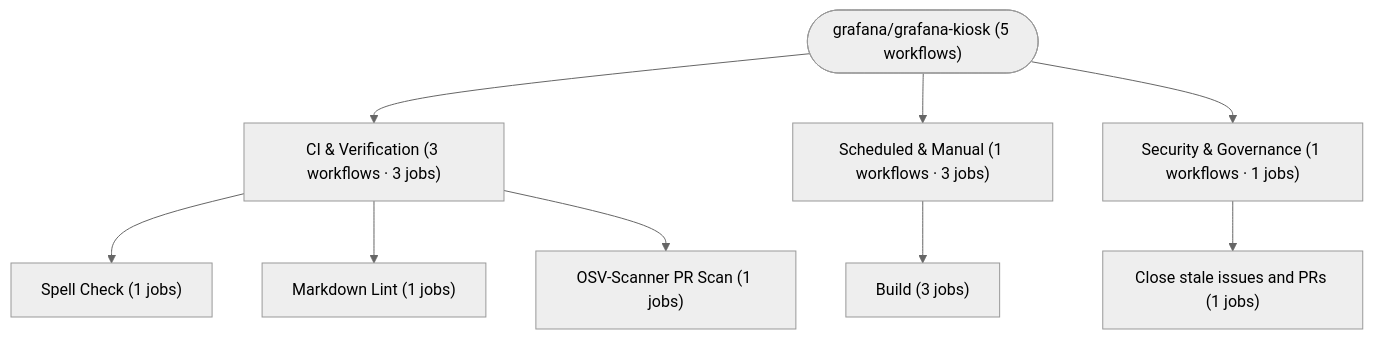
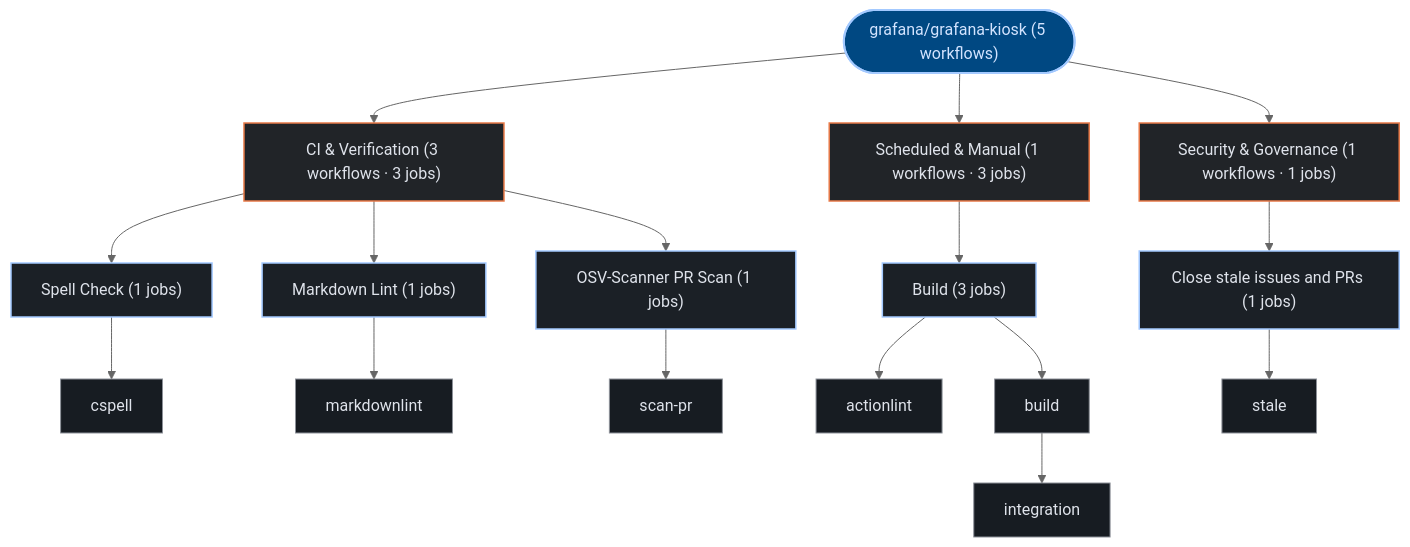
One commit to kumarshaz/atruss-code-atlas changed the third of 3 diagrams in exports/latest/reports/grafana-grafana-kiosk-report.md. Above: the diagram before and after it, drawn with Mermaid (neutral theme). The commit also changed other lines of this file and 331 other files, not shown here.

Commit message:
docs,ui,fix: update SDLC docs, reorder CI/CD DAG first, stylize Mermaid, and fix Arc42 pipeline topology

````diff
--- a/exports/latest/reports/grafana-grafana-kiosk-report.md
+++ b/exports/latest/reports/grafana-grafana-kiosk-report.md
@@ -187,20 +198,41 @@
 ```mermaid
 graph TD;
-  pipeline_root(["grafana/grafana-kiosk (5 workflows)"])
-  grp_0_CI___Verification["CI & Verification (3 workflows · 3 jobs)"]
+  classDef atlasRoot fill:#004882,stroke:#a3c9ff,stroke-width:2px,color:#d3e4ff
+  classDef atlasCategory fill:#212428,stroke:#E87A48,stroke-width:1.5px,color:#dfe3eb
+  classDef atlasWorkflow fill:#1b2026,stroke:#a3c9ff,stroke-width:1.5px,color:#dfe3eb
+  classDef atlasJob fill:#171c22,stroke:#8d9199,stroke-width:1px,color:#dfe3eb
+  classDef atlasTarget fill:#005227,stroke:#8bd99b,stroke-width:1.5px,color:#a7f6b6
+  classDef atlasAlert fill:#93000a,stroke:#ffb4ab,stroke-width:1.5px,color:#ffdad6
+  classDef atlasMore fill:#252a31,stroke:#8d9199,stroke-dasharray:4 4,color:#c3c6cf
+  pipeline_root(["grafana/grafana-kiosk (5 workflows)"]):::atlasRoot
+  grp_0_CI___Verification["CI & Verification (3 workflows · 3 jobs)"]:::atlasCategory
   pipeline_root --> grp_0_CI___Verification
-  wf_1_Spell_Check["Spell Check (1 jobs)"]
+  wf_1_Spell_Check["Spell Check (1 jobs)"]:::atlasWorkflow
   grp_0_CI___Verification --> wf_1_Spell_Check
-  wf_2_Markdown_Lint["Markdown Lint (1 jobs)"]
+  job_1_cspell["cspell"]:::atlasJob
+  wf_1_Spell_Check --> job_1_cspell
+  wf_2_Markdown_Lint["Markdown Lint (1 jobs)"]:::atlasWorkflow
   grp_0_CI___Verification --> wf_2_Markdown_Lint
-  wf_3_OSV_Scanner_PR_Scan["OSV-Scanner PR Scan (1 jobs)"]
+  job_2_markdownlint["markdownlint"]:::atlasJob
+  wf_2_Markdown_Lint --> job_2_markdownlint
+  wf_3_OSV_Scanner_PR_Scan["OSV-Scanner PR Scan (1 jobs)"]:::atlasWorkflow
   grp_0_CI___Verification --> wf_3_OSV_Scanner_PR_Scan
-  grp_1_Scheduled___Manual["Scheduled & Manual (1 workflows · 3 jobs)"]
+  job_3_scan_pr["scan-pr"]:::atlasJob
+  wf_3_OSV_Scanner_PR_Scan --> job_3_scan_pr
+  grp_1_Scheduled___Manual["Scheduled & Manual (1 workflows · 3 jobs)"]:::atlasCategory
   pipeline_root --> grp_1_Scheduled___Manual
-  wf_0_Build["Build (3 jobs)"]
+  wf_0_Build["Build (3 jobs)"]:::atlasWorkflow
   grp_1_Scheduled___Manual --> wf_0_Build
-  grp_2_Security___Governance["Security & Governance (1 workflows · 1 jobs)"]
+  job_0_actionlint["actionlint"]:::atlasJob
+  job_0_build["build"]:::atlasJob
+  job_0_integration["integration"]:::atlasJob
+  wf_0_Build --> job_0_actionlint
+  wf_0_Build --> job_0_build
+  job_0_build --> job_0_integration
+  grp_2_Security___Governance["Security & Governance (1 workflows · 1 jobs)"]:::atlasCategory
   pipeline_root --> grp_2_Security___Governance
-  wf_4_Close_stale_issues_and_PRs["Close stale issues and PRs (1 jobs)"]
+  wf_4_Close_stale_issues_and_PRs["Close stale issues and PRs (1 jobs)"]:::atlasWorkflow
   grp_2_Security___Governance --> wf_4_Close_stale_issues_and_PRs
+  job_4_stale["stale"]:::atlasJob
+  wf_4_Close_stale_issues_and_PRs --> job_4_stale
 ```
````
